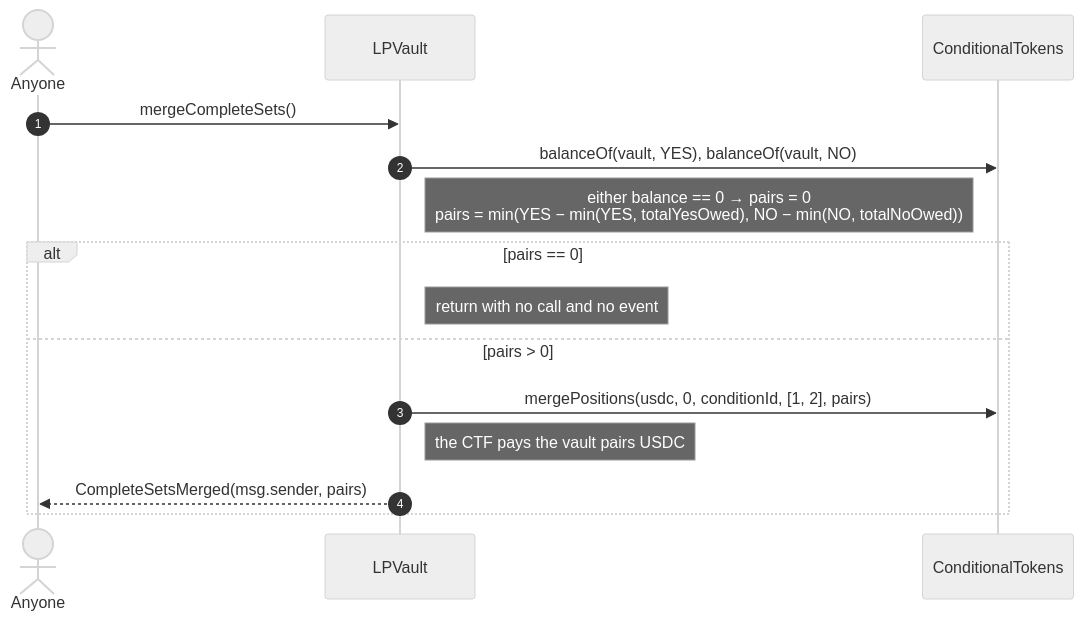
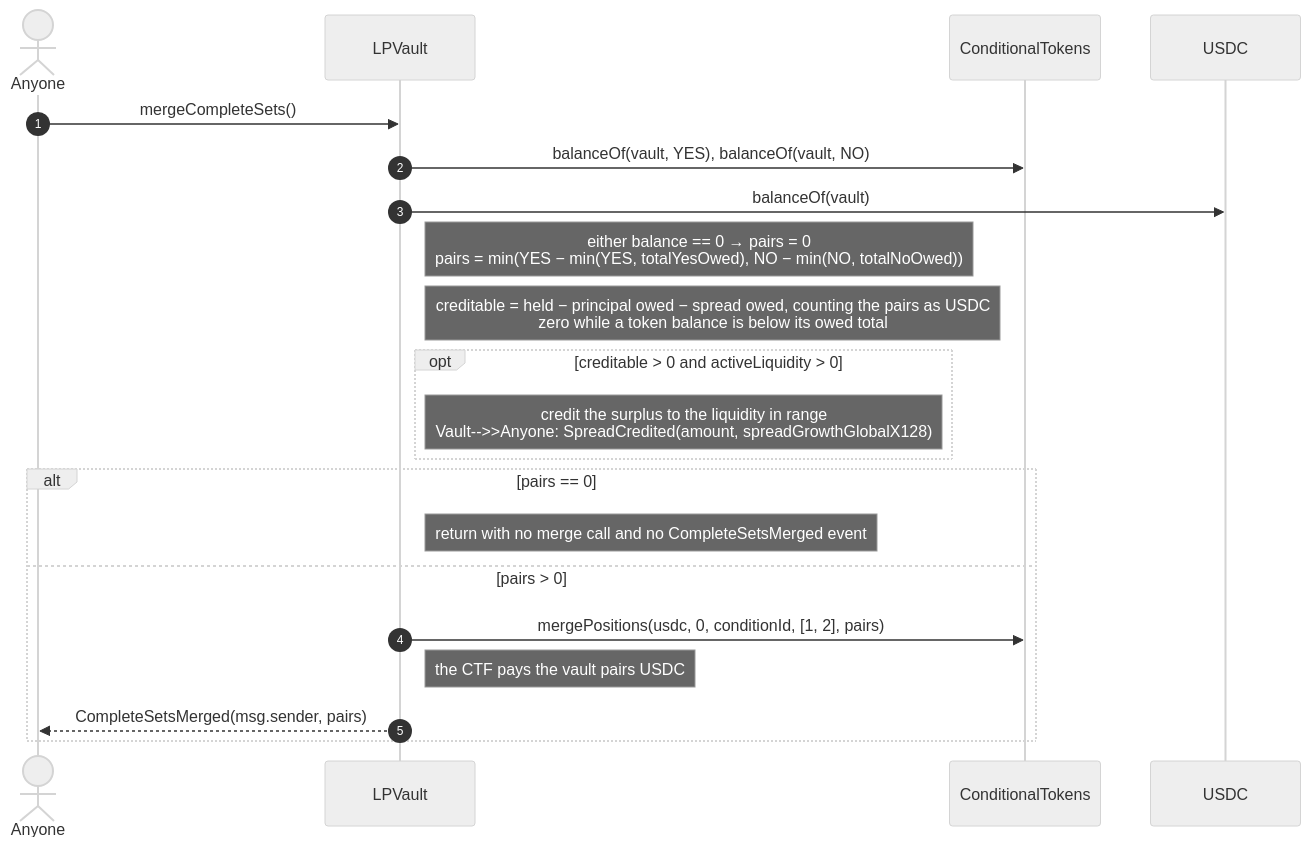
One commit to ProphetMarket/lp-vaults changed diagram 15 of 22 in specs/FLOWS.md. Above: the diagram before and after it, drawn with Mermaid (neutral theme). The commit also changed other lines of this file and 45 other files, not shown here.

First line of the commit message:
spec (vault): Specify the spread attribution per tick (R18)

````diff
--- a/specs/FLOWS.md
+++ b/specs/FLOWS.md
@@ -465,18 +483,24 @@
 ```mermaid
 sequenceDiagram
     autonumber
     actor Anyone
     participant Vault as LPVault
     participant CTF as ConditionalTokens
+    participant USDC
 
     Anyone->>Vault: mergeCompleteSets()
     Vault->>CTF: balanceOf(vault, YES), balanceOf(vault, NO)
+    Vault->>USDC: balanceOf(vault)
     Note right of Vault: either balance == 0 → pairs = 0<br/>pairs = min(YES − min(YES, totalYesOwed), NO − min(NO, totalNoOwed))
+    Note right of Vault: creditable = held − principal owed − spread owed, counting the pairs as USDC<br/>zero while a token balance is below its owed total
+    opt creditable > 0 and activeLiquidity > 0
+        Note right of Vault: credit the surplus to the liquidity in range<br/>Vault-->>Anyone: SpreadCredited(amount, spreadGrowthGlobalX128)
+    end
     alt pairs == 0
-        Note right of Vault: return with no call and no event
+        Note right of Vault: return with no merge call and no CompleteSetsMerged event
     else pairs > 0
         Vault->>CTF: mergePositions(usdc, 0, conditionId, [1, 2], pairs)
         Note right of Vault: the CTF pays the vault pairs USDC
         Vault-->>Anyone: CompleteSetsMerged(msg.sender, pairs)
     end
 ```
````
